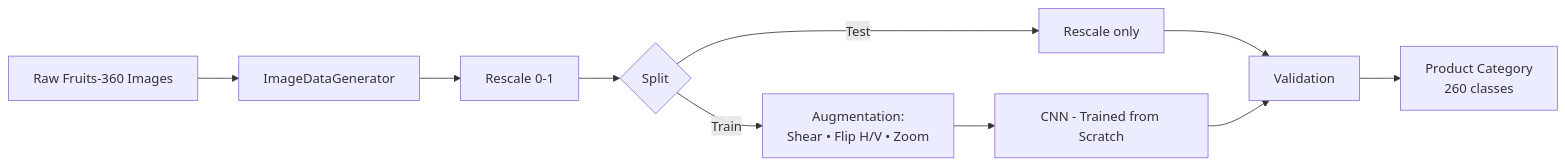
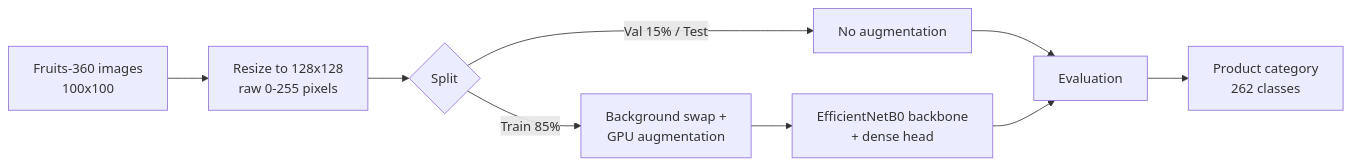
The diagram in README.md (Mohanad234128/Retail-Product-Recognition-System-Computer-Vision-ITI), drawn with Mermaid before and after one commit. The commit also changed other lines of this file, not shown here.

````diff
--- a/README.md
+++ b/README.md
@@ -75,12 +77,11 @@
 ```mermaid
 flowchart LR
-    A[Raw Fruits-360 Images] --> B[ImageDataGenerator]
-    B --> C[Rescale 0-1]
-    C --> D{Split}
-    D -->|Train| E[Augmentation:\nShear • Flip H/V • Zoom]
-    D -->|Test| F[Rescale only]
-    E --> G[CNN - Trained from Scratch]
-    F --> H[Validation]
-    G --> H
-    H --> I[Product Category\n260 classes]
+    A[Fruits-360 images<br/>100x100] --> B[Resize to 128x128<br/>raw 0-255 pixels]
+    B --> C{Split}
+    C -->|Train 85%| D[Background swap +<br/>GPU augmentation]
+    C -->|Val 15% / Test| E[No augmentation]
+    D --> F[EfficientNetB0 backbone<br/>+ dense head]
+    E --> G[Evaluation]
+    F --> G
+    G --> H[Product category<br/>262 classes]
 ```
````
